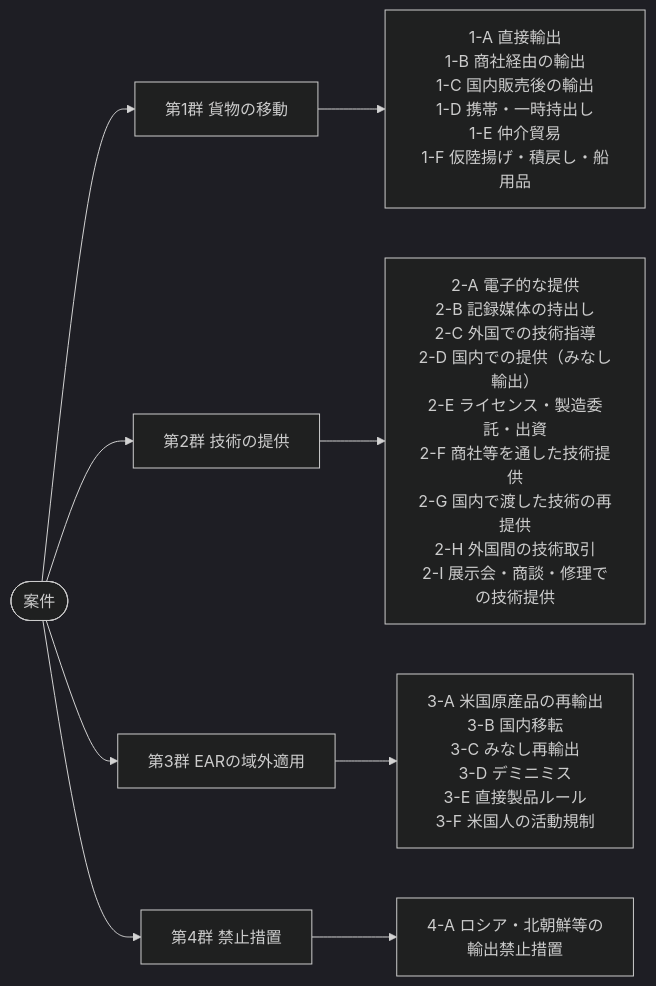
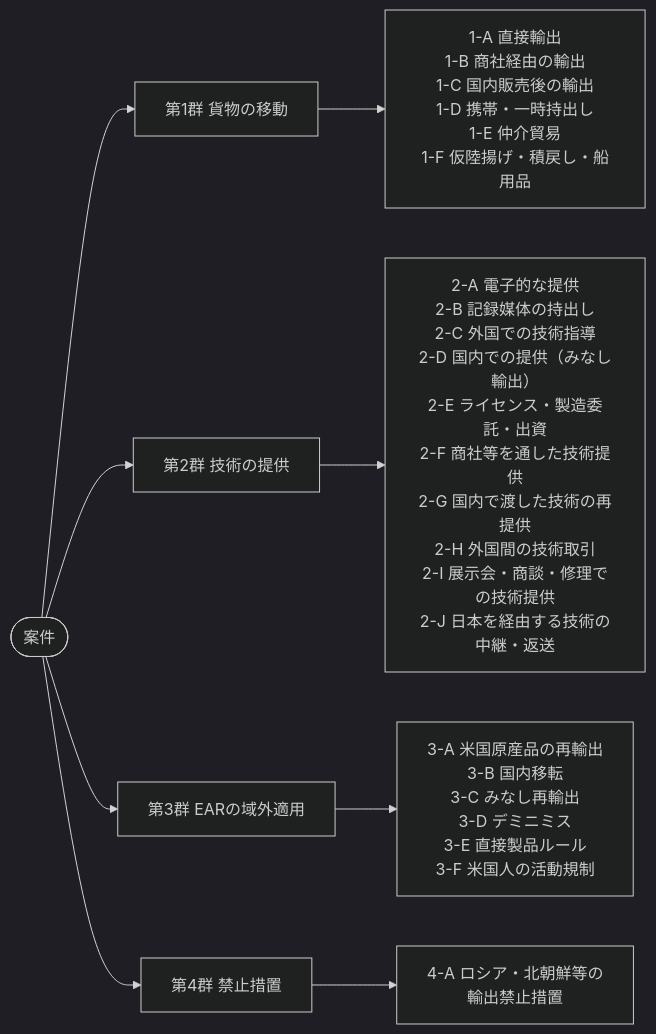
One commit to bamboo-go/export-control-hub changed the first of 2 diagrams in content/ja/docs/01-overview/export-patterns/index.md. Above: the diagram before and after it, drawn with Mermaid (dark theme). The commit also changed other lines of this file, not shown here.

````diff
--- a/content/ja/docs/01-overview/export-patterns/index.md
+++ b/content/ja/docs/01-overview/export-patterns/index.md
@@ -16,11 +16,11 @@
 ```mermaid
 flowchart LR
   R(["案件"]) --> G1["第1群 貨物の移動"]
   R --> G2["第2群 技術の提供"]
   R --> G3["第3群 EARの域外適用"]
   R --> G4["第4群 禁止措置"]
   G1 --> A1["1-A 直接輸出<br/>1-B 商社経由の輸出<br/>1-C 国内販売後の輸出<br/>1-D 携帯・一時持出し<br/>1-E 仲介貿易<br/>1-F 仮陸揚げ・積戻し・船用品"]
-  G2 --> A2["2-A 電子的な提供<br/>2-B 記録媒体の持出し<br/>2-C 外国での技術指導<br/>2-D 国内での提供（みなし輸出）<br/>2-E ライセンス・製造委託・出資<br/>2-F 商社等を通した技術提供<br/>2-G 国内で渡した技術の再提供<br/>2-H 外国間の技術取引<br/>2-I 展示会・商談・修理での技術提供"]
+  G2 --> A2["2-A 電子的な提供<br/>2-B 記録媒体の持出し<br/>2-C 外国での技術指導<br/>2-D 国内での提供（みなし輸出）<br/>2-E ライセンス・製造委託・出資<br/>2-F 商社等を通した技術提供<br/>2-G 国内で渡した技術の再提供<br/>2-H 外国間の技術取引<br/>2-I 展示会・商談・修理での技術提供<br/>2-J 日本を経由する技術の中継・返送"]
   G3 --> A3["3-A 米国原産品の再輸出<br/>3-B 国内移転<br/>3-C みなし再輸出<br/>3-D デミニミス<br/>3-E 直接製品ルール<br/>3-F 米国人の活動規制"]
   G4 --> A4["4-A ロシア・北朝鮮等の<br/>輸出禁止措置"]
 ```
````
